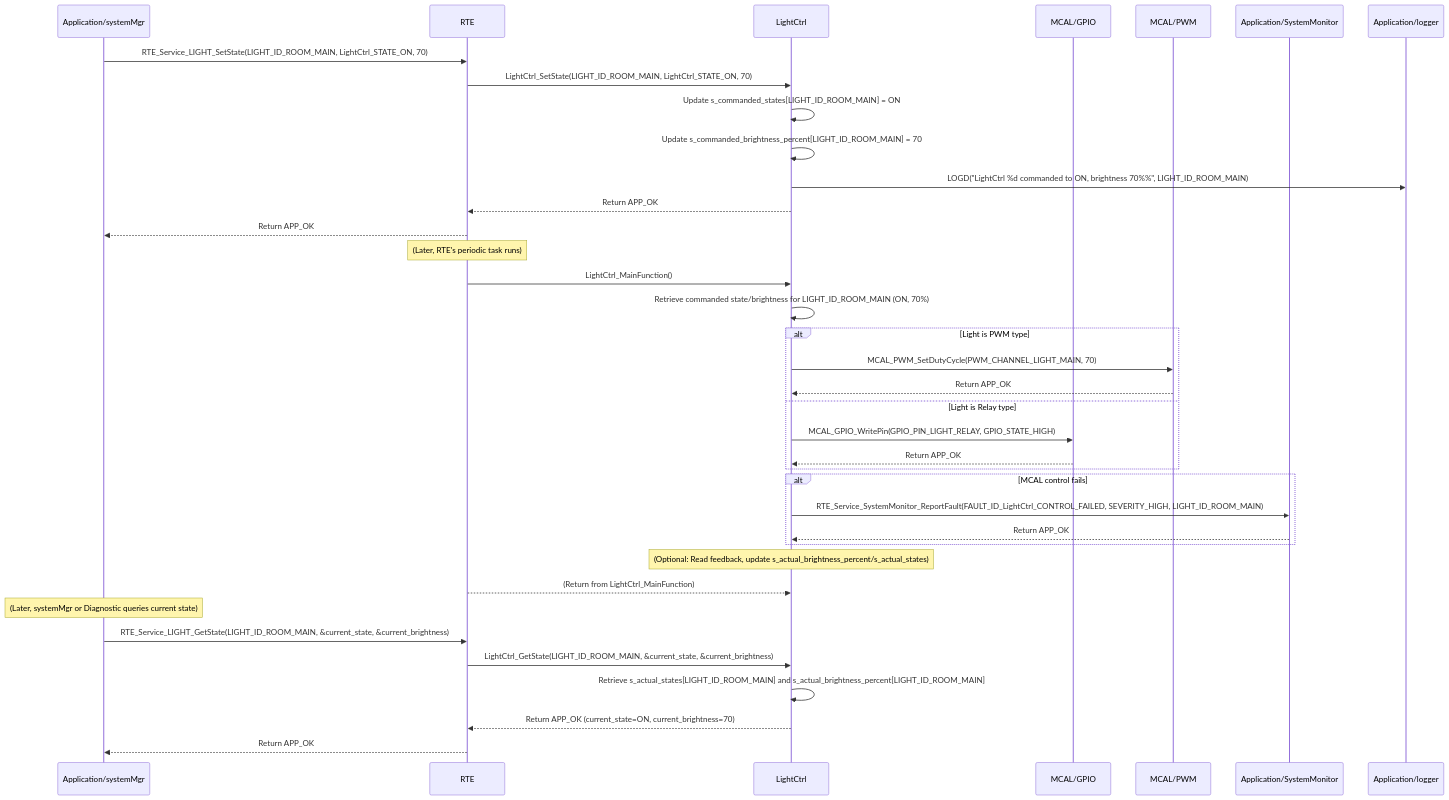
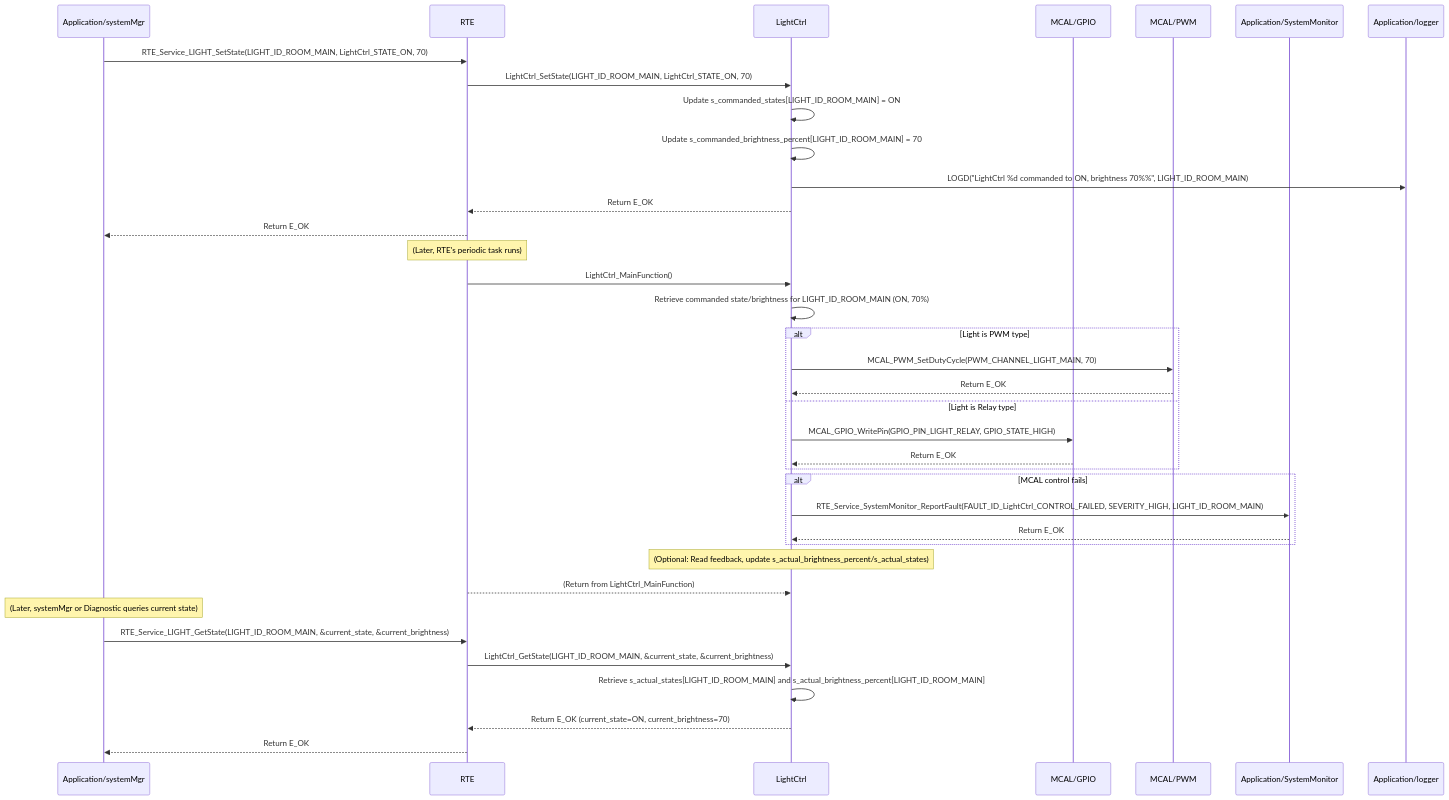
One commit to ashaker-2/Platform changed the diagram in Requiremets/Design/Application/LightControl.md. Above: the diagram before and after it, drawn with Mermaid. The commit also changed other lines of this file and 716 other files, not shown here.

````diff
--- a/Requiremets/Design/Application/LightControl.md
+++ b/Requiremets/Design/Application/LightControl.md
@@ -203,42 +203,42 @@
 ```mermaid
 sequenceDiagram  
     participant SystemMgr as Application/systemMgr  
     participant RTE as RTE  
     participant LightCtrl as LightCtrl  
     participant MCAL_GPIO as MCAL/GPIO  
     participant MCAL_PWM as MCAL/PWM  
     participant SystemMonitor as Application/SystemMonitor  
     participant Logger as Application/logger
 
     SystemMgr->>RTE: RTE_Service_LIGHT_SetState(LIGHT_ID_ROOM_MAIN, LightCtrl_STATE_ON, 70)  
     RTE->>LightCtrl: LightCtrl_SetState(LIGHT_ID_ROOM_MAIN, LightCtrl_STATE_ON, 70)  
     LightCtrl->>LightCtrl: Update s_commanded_states[LIGHT_ID_ROOM_MAIN] = ON  
     LightCtrl->>LightCtrl: Update s_commanded_brightness_percent[LIGHT_ID_ROOM_MAIN] = 70  
     LightCtrl->>Logger: LOGD("LightCtrl %d commanded to ON, brightness 70%%", LIGHT_ID_ROOM_MAIN)  
-    LightCtrl-->>RTE: Return APP_OK  
-    RTE-->>SystemMgr: Return APP_OK
+    LightCtrl-->>RTE: Return E_OK  
+    RTE-->>SystemMgr: Return E_OK
 
     Note over RTE: (Later, RTE's periodic task runs)  
     RTE->>LightCtrl: LightCtrl_MainFunction()  
     LightCtrl->>LightCtrl: Retrieve commanded state/brightness for LIGHT_ID_ROOM_MAIN (ON, 70%)  
     alt Light is PWM type  
         LightCtrl->>MCAL_PWM: MCAL_PWM_SetDutyCycle(PWM_CHANNEL_LIGHT_MAIN, 70)  
-        MCAL_PWM-->>LightCtrl: Return APP_OK  
+        MCAL_PWM-->>LightCtrl: Return E_OK  
     else Light is Relay type  
         LightCtrl->>MCAL_GPIO: MCAL_GPIO_WritePin(GPIO_PIN_LIGHT_RELAY, GPIO_STATE_HIGH)  
-        MCAL_GPIO-->>LightCtrl: Return APP_OK  
+        MCAL_GPIO-->>LightCtrl: Return E_OK  
     end  
     alt MCAL control fails  
         LightCtrl->>SystemMonitor: RTE_Service_SystemMonitor_ReportFault(FAULT_ID_LightCtrl_CONTROL_FAILED, SEVERITY_HIGH, LIGHT_ID_ROOM_MAIN)  
-        SystemMonitor-->>LightCtrl: Return APP_OK  
+        SystemMonitor-->>LightCtrl: Return E_OK  
     end  
     Note over LightCtrl: (Optional: Read feedback, update s_actual_brightness_percent/s_actual_states)  
     RTE-->>LightCtrl: (Return from LightCtrl_MainFunction)
 
     Note over SystemMgr: (Later, systemMgr or Diagnostic queries current state)  
     SystemMgr->>RTE: RTE_Service_LIGHT_GetState(LIGHT_ID_ROOM_MAIN, &current_state, &current_brightness)  
     RTE->>LightCtrl: LightCtrl_GetState(LIGHT_ID_ROOM_MAIN, &current_state, &current_brightness)  
     LightCtrl->>LightCtrl: Retrieve s_actual_states[LIGHT_ID_ROOM_MAIN] and s_actual_brightness_percent[LIGHT_ID_ROOM_MAIN]  
-    LightCtrl-->>RTE: Return APP_OK (current_state=ON, current_brightness=70)  
-    RTE-->>SystemMgr: Return APP_OK
+    LightCtrl-->>RTE: Return E_OK (current_state=ON, current_brightness=70)  
+    RTE-->>SystemMgr: Return E_OK
 ```
````
